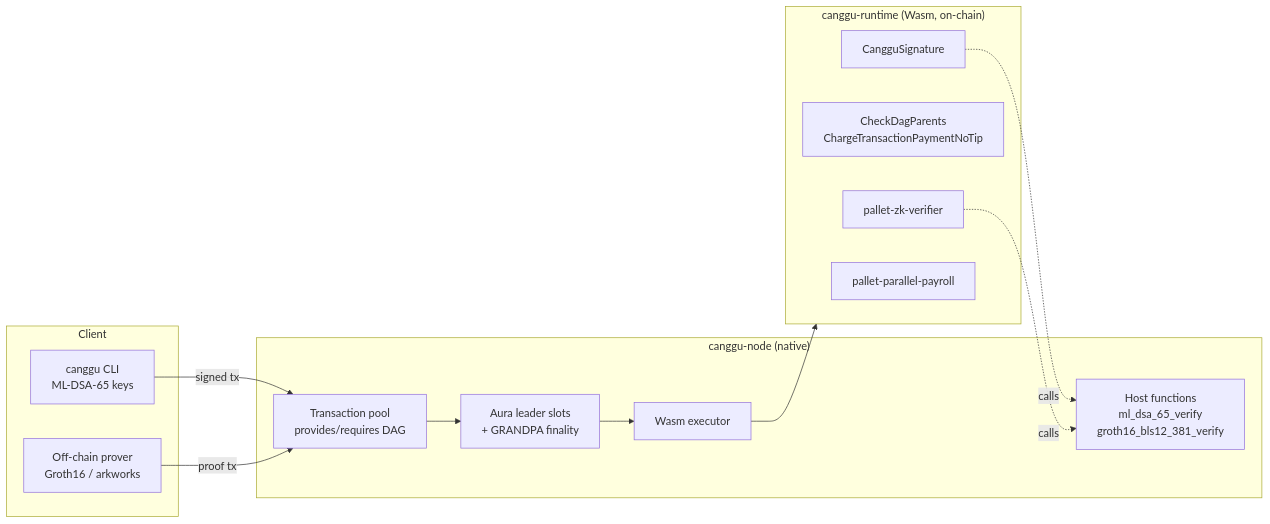
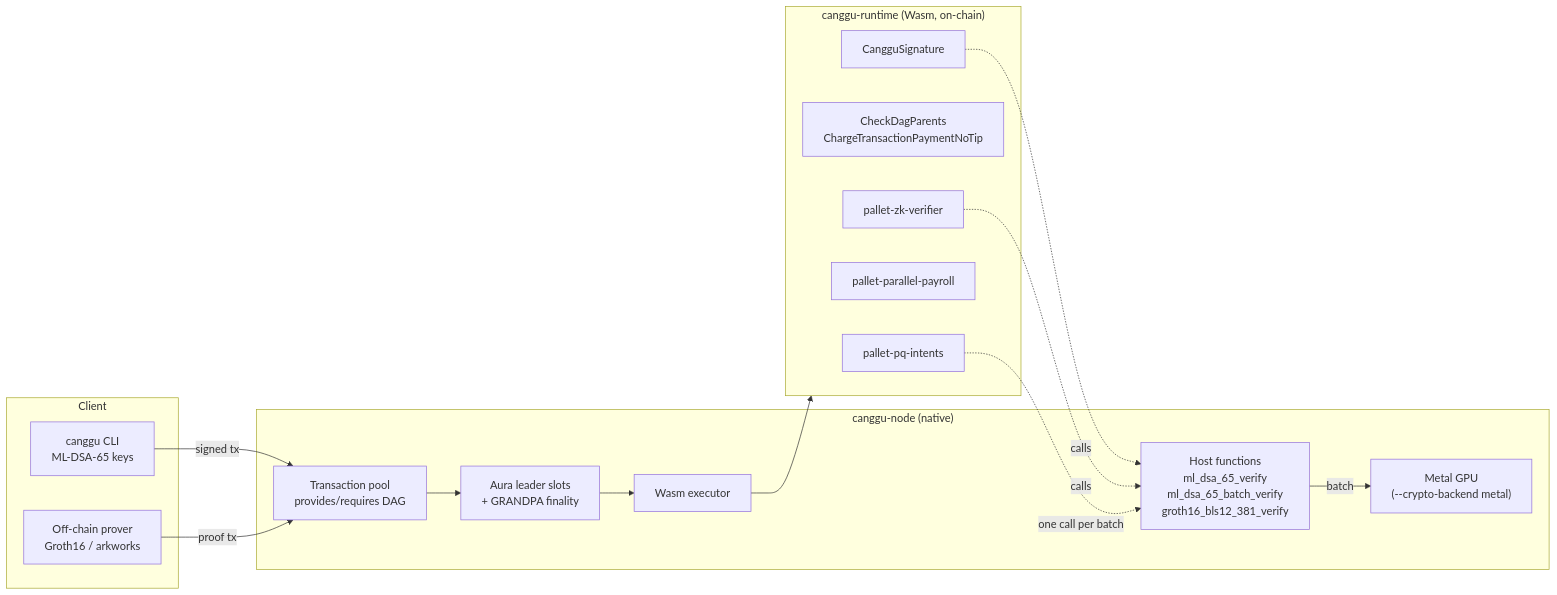
One commit to agustinustheo/canggu-blockchain changed the diagram in README.md. Above: the diagram before and after it, drawn with Mermaid. The commit also changed other lines of this file and 1 other file, not shown here.

Commit message:
README: document the Metal backend and how it was proven

````diff
--- a/README.md
+++ b/README.md
@@ -55,23 +61,27 @@
 ```mermaid
 flowchart LR
   subgraph Client
     W["canggu CLI<br/>ML-DSA-65 keys"]
     P["Off-chain prover<br/>Groth16 / arkworks"]
   end
   subgraph Node["canggu-node (native)"]
     TP["Transaction pool<br/>provides/requires DAG"]
     C["Aura leader slots<br/>+ GRANDPA finality"]
     X["Wasm executor"]
-    H["Host functions<br/>ml_dsa_65_verify<br/>groth16_bls12_381_verify"]
+    H["Host functions<br/>ml_dsa_65_verify<br/>ml_dsa_65_batch_verify<br/>groth16_bls12_381_verify"]
+    G["Metal GPU<br/>(--crypto-backend metal)"]
   end
   subgraph Runtime["canggu-runtime (Wasm, on-chain)"]
     S["CangguSignature"]
     D["CheckDagParents<br/>ChargeTransactionPaymentNoTip"]
     Z["pallet-zk-verifier"]
     PP["pallet-parallel-payroll"]
+    I["pallet-pq-intents"]
   end
   W -- signed tx --> TP --> C --> X --> Runtime
   P -- proof tx --> TP
   S -. calls .-> H
   Z -. calls .-> H
+  I -. one call per batch .-> H
+  H -- batch --> G
 ```
````
